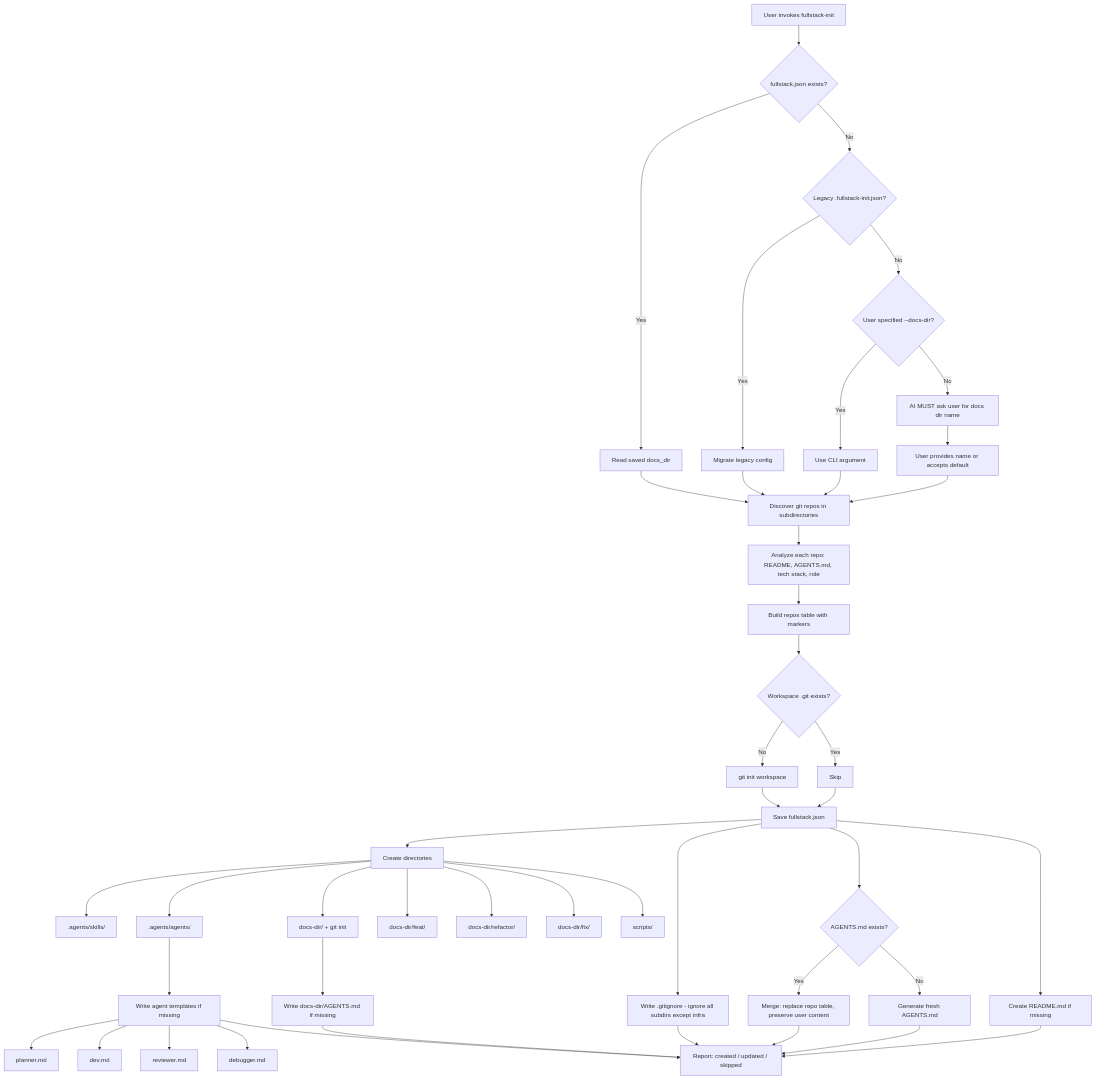
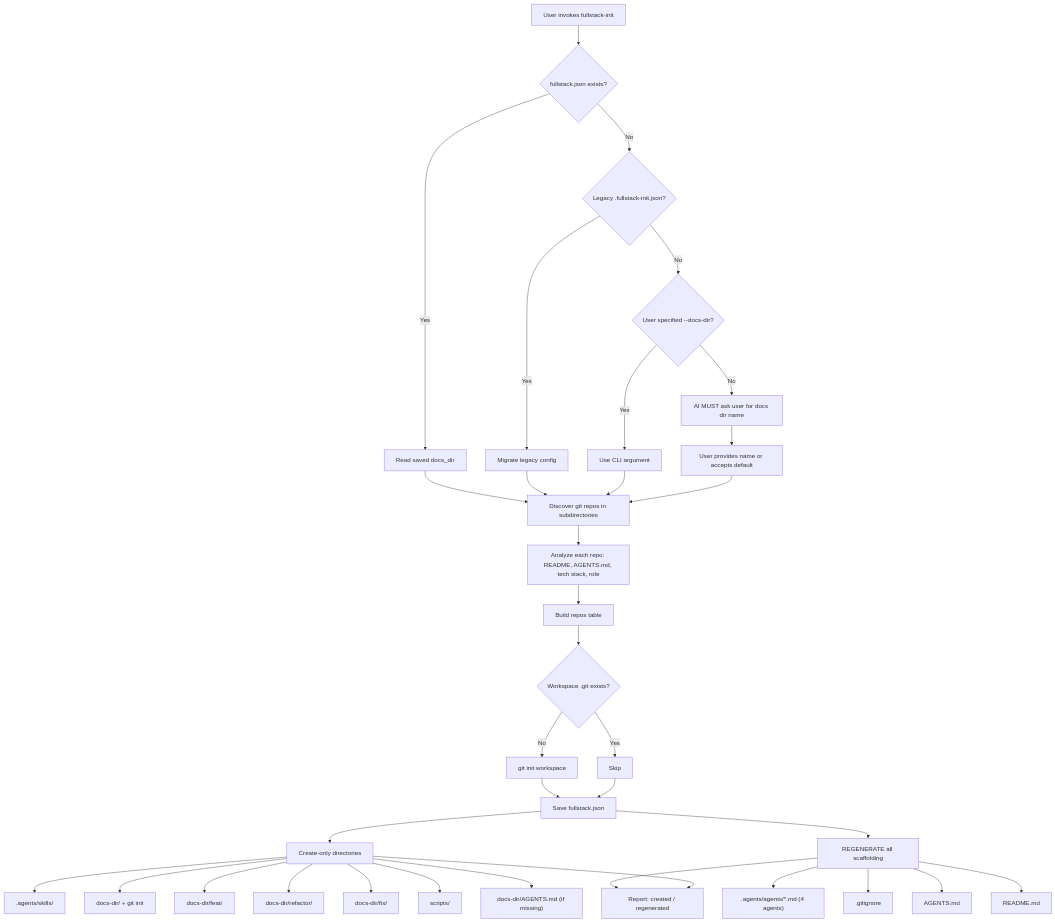
One commit to jie-meng/mythril-agent-skills changed the diagram in docs/fullstack/FULLSTACK-INIT.md. Above: the diagram before and after it, drawn with Mermaid. The commit also changed other lines of this file and 3 other files, not shown here.

````diff
--- a/docs/fullstack/FULLSTACK-INIT.md
+++ b/docs/fullstack/FULLSTACK-INIT.md
@@ -29,56 +44,44 @@
 ```mermaid
 flowchart TD
     A[User invokes fullstack-init] --> B{fullstack.json exists?}
     B -- Yes --> C[Read saved docs_dir]
     B -- No --> D{Legacy .fullstack-init.json?}
     D -- Yes --> E[Migrate legacy config]
     D -- No --> F{User specified --docs-dir?}
     F -- Yes --> G[Use CLI argument]
     F -- No --> H[AI MUST ask user for docs dir name]
     H --> I[User provides name or accepts default]
 
     C --> J[Discover git repos in subdirectories]
     E --> J
     G --> J
     I --> J
 
     J --> K[Analyze each repo: README, AGENTS.md, tech stack, role]
-    K --> L[Build repos table with markers]
+    K --> L[Build repos table]
 
     L --> M{Workspace .git exists?}
     M -- No --> N[git init workspace]
     M -- Yes --> O[Skip]
 
     N --> P[Save fullstack.json]
     O --> P
 
-    P --> Q[Create directories]
+    P --> Q[Create-only directories]
     Q --> Q1[.agents/skills/]
-    Q --> Q2[.agents/agents/]
     Q --> Q3["docs-dir/ + git init"]
     Q --> Q4[docs-dir/feat/]
     Q --> Q5[docs-dir/refactor/]
     Q --> Q6[docs-dir/fix/]
     Q --> Q7[scripts/]
+    Q --> Q8["docs-dir/AGENTS.md (if missing)"]
 
-    Q2 --> R[Write agent templates if missing]
-    R --> R1[planner.md]
-    R --> R2[dev.md]
-    R --> R3[reviewer.md]
-    R --> R4[debugger.md]
+    P --> R["REGENERATE all scaffolding"]
+    R --> R1[".agents/agents/*.md (4 agents)"]
+    R --> R2[.gitignore]
+    R --> R3[AGENTS.md]
+    R --> R4[README.md]
 
-    Q3 --> S[Write docs-dir/AGENTS.md if missing]
-
-    P --> T[Write .gitignore - ignore all subdirs except infra]
-    P --> U{AGENTS.md exists?}
-    U -- Yes --> V[Merge: replace repo table, preserve user content]
-    U -- No --> W[Generate fresh AGENTS.md]
-    P --> X[Create README.md if missing]
-
-    V --> Y[Report: created / updated / skipped]
-    W --> Y
-    X --> Y
-    R --> Y
-    S --> Y
-    T --> Y
+    R --> Y[Report: created / regenerated]
+    Q --> Y
 ```
````
